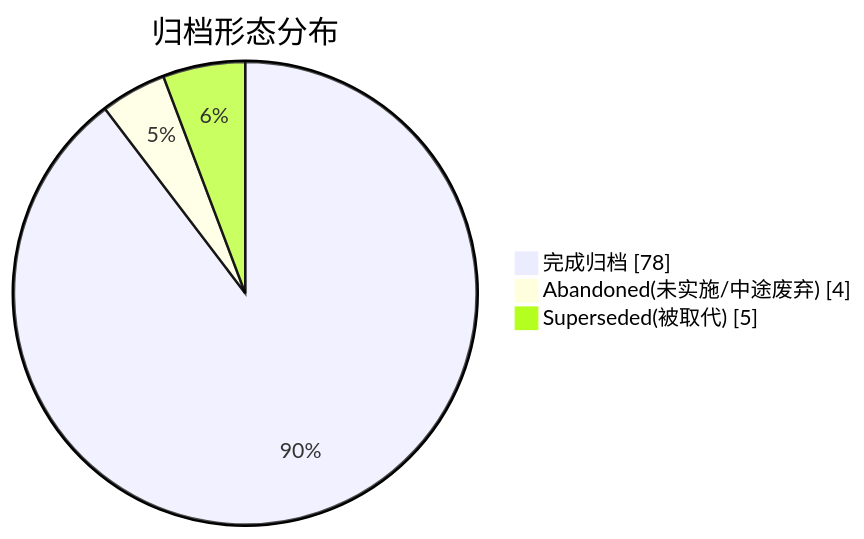
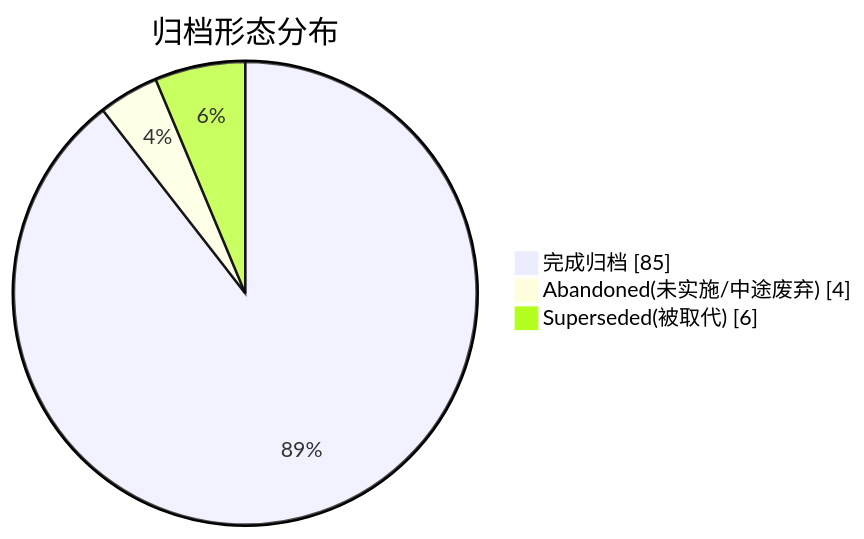
Before and after one commit to golddream-y/obsidian-ratel: the second of 2 diagrams in docs/superpowers/ARCHIVE.md, drawn with Mermaid. The commit also changed other lines of this file and 26 other files, not shown here.

````diff
--- a/docs/superpowers/ARCHIVE.md
+++ b/docs/superpowers/ARCHIVE.md
@@ -24,6 +24,6 @@
 ```mermaid
 pie showData title 归档形态分布
-    "完成归档" : 78
+    "完成归档" : 85
     "Abandoned(未实施/中途废弃)" : 4
-    "Superseded(被取代)" : 5
+    "Superseded(被取代)" : 6
 ```
````
